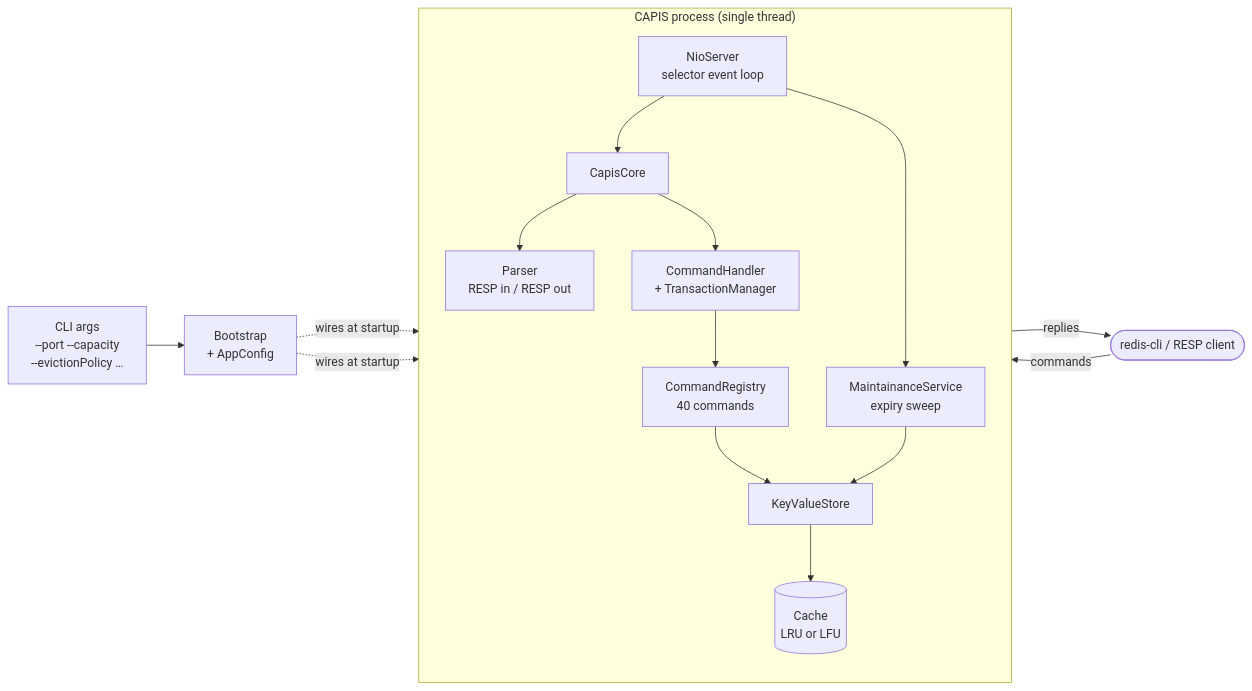
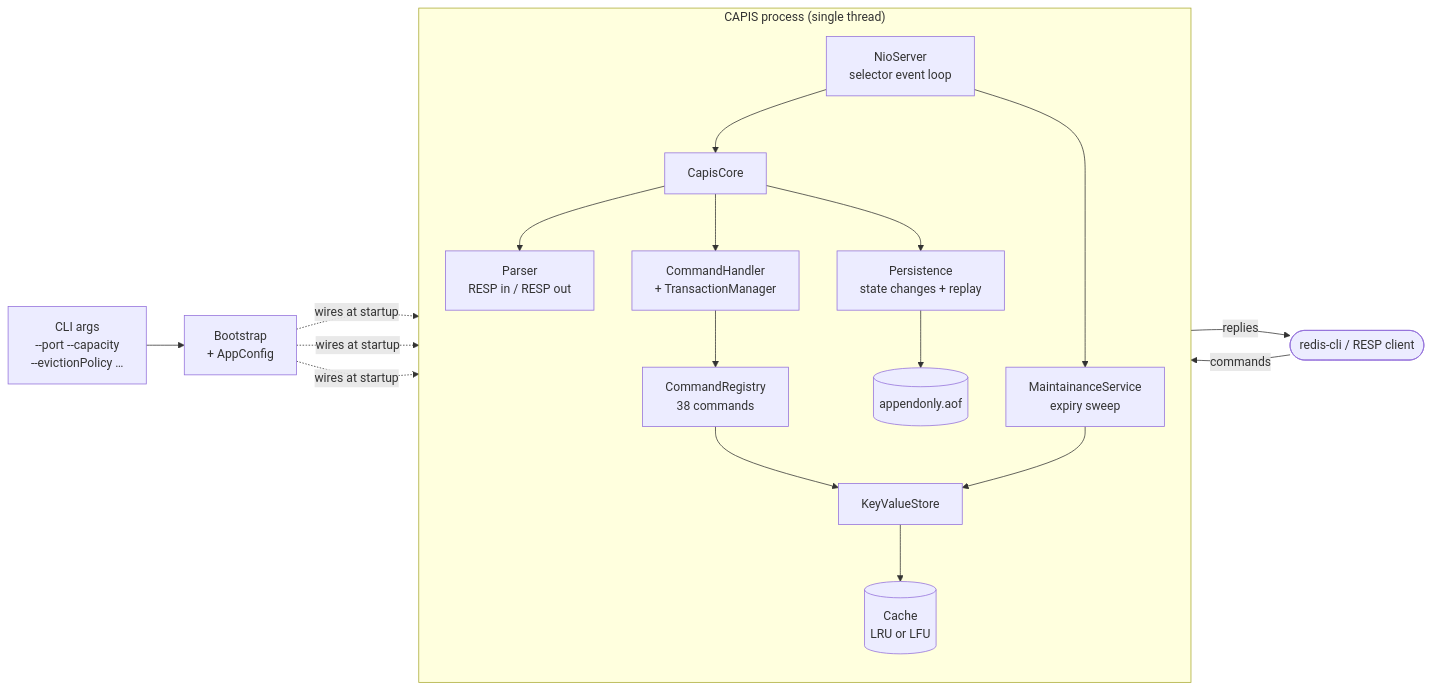
Before and after one commit to MrD0511/capis: the first of 2 diagrams in README.md, drawn with Mermaid. The commit also changed other lines of this file and 3 other files, not shown here.

````diff
--- a/README.md
+++ b/README.md
@@ -454,32 +470,37 @@
 ```mermaid
 flowchart LR
     Client([redis-cli / RESP client])
     CLI["CLI args<br/>--port --capacity<br/>--evictionPolicy …"]
 
     subgraph CAPIS["CAPIS process (single thread)"]
         direction TB
         Server["NioServer<br/>selector event loop"]
         Maint["MaintainanceService<br/>expiry sweep"]
         Parser["Parser<br/>RESP in / RESP out"]
         Core["CapisCore"]
         Handler["CommandHandler<br/>+ TransactionManager"]
-		Registry["CommandRegistry<br/>40 commands"]
+		Registry["CommandRegistry<br/>38 commands"]
+        Persist["Persistence<br/>state changes + replay"]
+        Log[("appendonly.aof")]
         Store["KeyValueStore"]
         Cache[("Cache<br/>LRU or LFU")]
     end
 
     CLI --> Bootstrap["Bootstrap<br/>+ AppConfig"]
     Bootstrap -. wires at startup .-> Server
+    Bootstrap -. wires at startup .-> Persist
     Bootstrap -. wires at startup .-> Store
 
     Client -->|commands| Server
     Server --> Core
     Server --> Maint
     Maint --> Store
     Core --> Parser
     Core --> Handler
     Handler --> Registry
     Registry --> Store
+    Core --> Persist
+    Persist --> Log
     Store --> Cache
     Server -->|replies| Client
 ```
````
